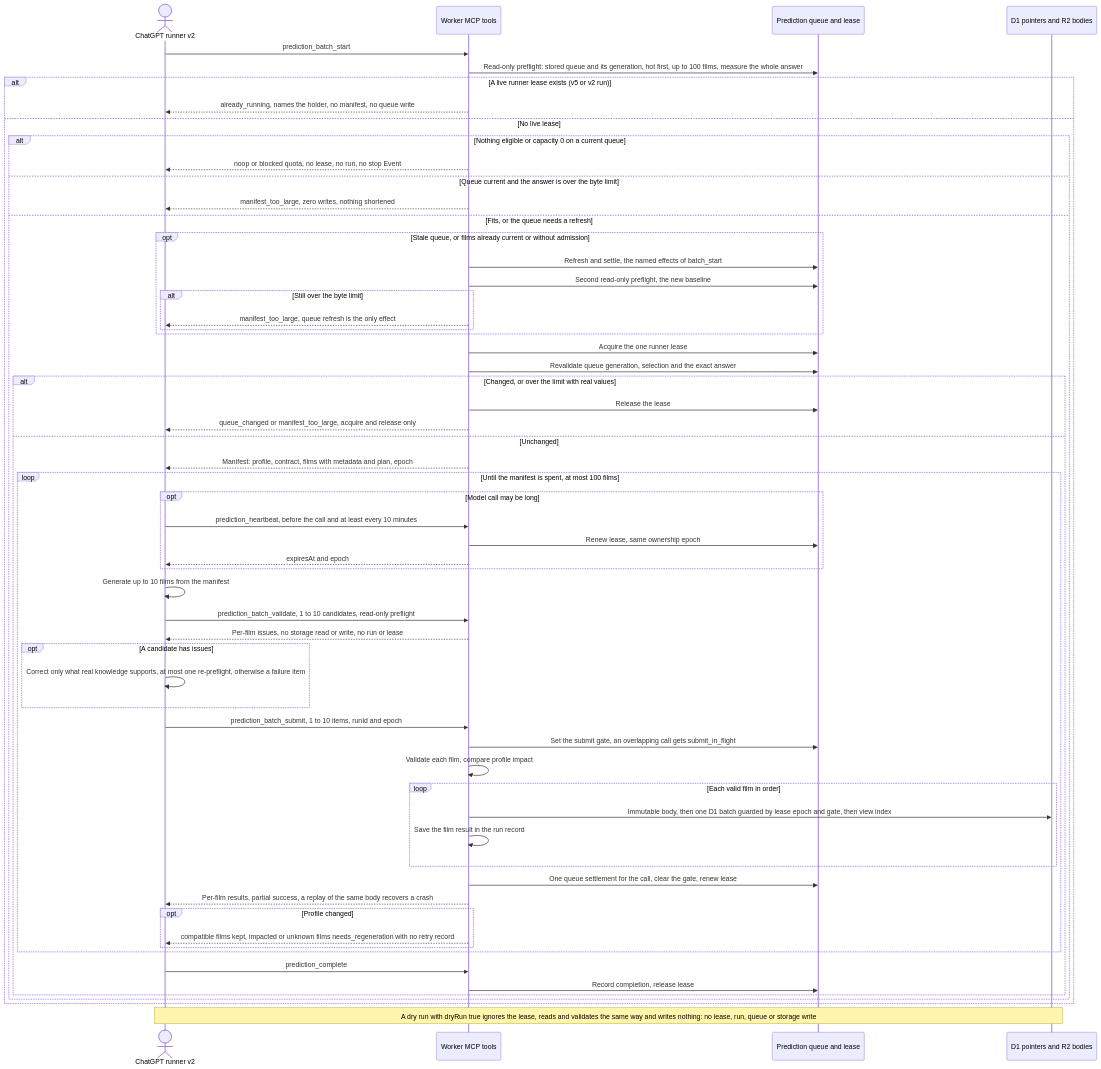
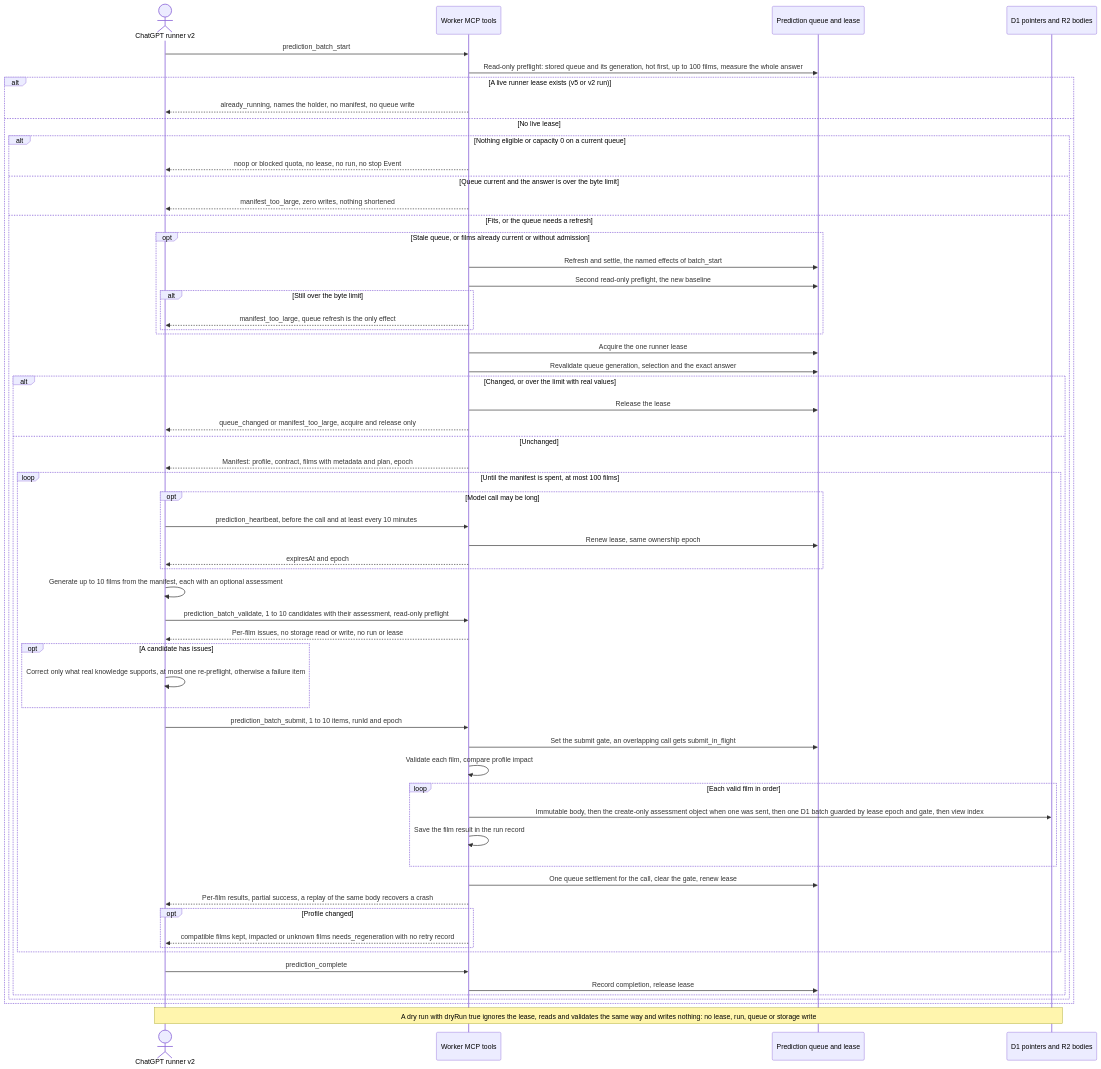
Before and after one commit to vladimino/iptv-watchlist: the second of 3 diagrams in docs/architecture/prediction-pipeline.md, drawn with Mermaid. The commit also changed other lines of this file and 11 other files, not shown here.

First line of the commit message:
Document the assessment implementation: reference, runbook-facing contract, diagrams, evidence (ADR 0132)

````diff
--- a/docs/architecture/prediction-pipeline.md
+++ b/docs/architecture/prediction-pipeline.md
@@ -68,62 +68,62 @@
 ```mermaid
 sequenceDiagram
     actor Client as ChatGPT runner v2
     participant MCP as Worker MCP tools
     participant Queue as Prediction queue and lease
     participant Store as D1 pointers and R2 bodies
     Client->>MCP: prediction_batch_start
     MCP->>Queue: Read-only preflight: stored queue and its generation, hot first, up to 100 films, measure the whole answer
     alt A live runner lease exists (v5 or v2 run)
         MCP-->>Client: already_running, names the holder, no manifest, no queue write
     else No live lease
         alt Nothing eligible or capacity 0 on a current queue
             MCP-->>Client: noop or blocked quota, no lease, no run, no stop Event
         else Queue current and the answer is over the byte limit
             MCP-->>Client: manifest_too_large, zero writes, nothing shortened
         else Fits, or the queue needs a refresh
             opt Stale queue, or films already current or without admission
                 MCP->>Queue: Refresh and settle, the named effects of batch_start
                 MCP->>Queue: Second read-only preflight, the new baseline
                 alt Still over the byte limit
                     MCP-->>Client: manifest_too_large, queue refresh is the only effect
                 end
             end
             MCP->>Queue: Acquire the one runner lease
             MCP->>Queue: Revalidate queue generation, selection and the exact answer
             alt Changed, or over the limit with real values
                 MCP->>Queue: Release the lease
                 MCP-->>Client: queue_changed or manifest_too_large, acquire and release only
             else Unchanged
                 MCP-->>Client: Manifest: profile, contract, films with metadata and plan, epoch
                 loop Until the manifest is spent, at most 100 films
                     opt Model call may be long
                         Client->>MCP: prediction_heartbeat, before the call and at least every 10 minutes
                         MCP->>Queue: Renew lease, same ownership epoch
                         MCP-->>Client: expiresAt and epoch
                     end
-                    Client->>Client: Generate up to 10 films from the manifest
-                    Client->>MCP: prediction_batch_validate, 1 to 10 candidates, read-only preflight
+                    Client->>Client: Generate up to 10 films from the manifest, each with an optional assessment
+                    Client->>MCP: prediction_batch_validate, 1 to 10 candidates with their assessment, read-only preflight
                     MCP-->>Client: Per-film issues, no storage read or write, no run or lease
                     opt A candidate has issues
                         Client->>Client: Correct only what real knowledge supports, at most one re-preflight, otherwise a failure item
                     end
                     Client->>MCP: prediction_batch_submit, 1 to 10 items, runId and epoch
                     MCP->>Queue: Set the submit gate, an overlapping call gets submit_in_flight
                     MCP->>MCP: Validate each film, compare profile impact
                     loop Each valid film in order
-                        MCP->>Store: Immutable body, then one D1 batch guarded by lease epoch and gate, then view index
+                        MCP->>Store: Immutable body, then the create-only assessment object when one was sent, then one D1 batch guarded by lease epoch and gate, then view index
                         MCP->>MCP: Save the film result in the run record
                     end
                     MCP->>Queue: One queue settlement for the call, clear the gate, renew lease
                     MCP-->>Client: Per-film results, partial success, a replay of the same body recovers a crash
                     opt Profile changed
                         MCP-->>Client: compatible films kept, impacted or unknown films needs_regeneration with no retry record
                     end
                 end
                 Client->>MCP: prediction_complete
                 MCP->>Queue: Record completion, release lease
             end
         end
     end
     Note over Client,Store: A dry run with dryRun true ignores the lease, reads and validates the same way and writes nothing: no lease, run, queue or storage write
 ```
````
